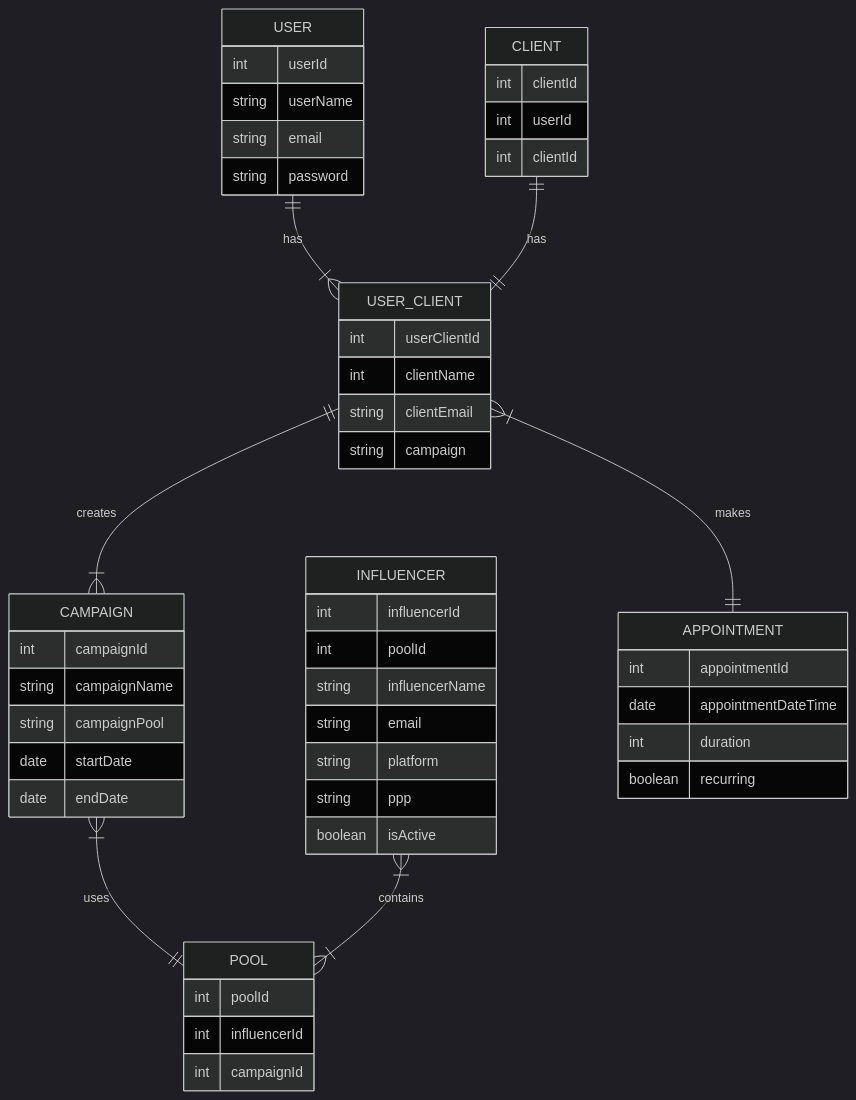
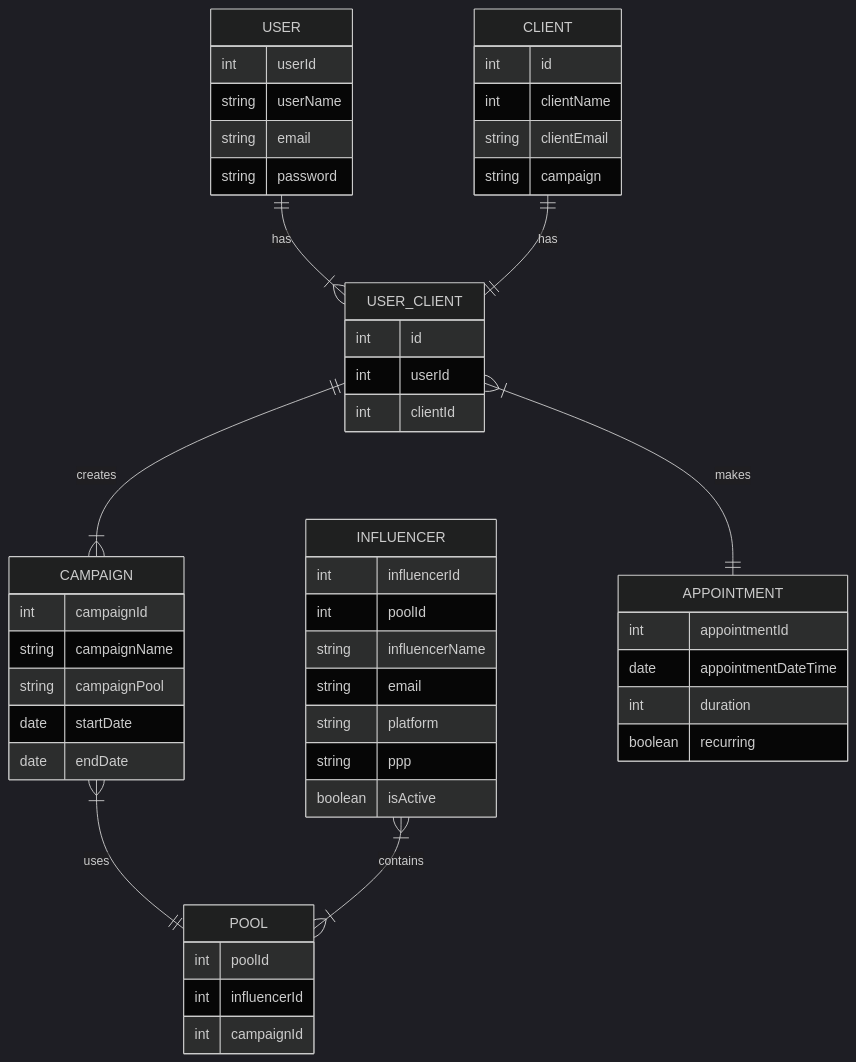
The second of 2 diagrams in README.md (ConorPMullan/swim-marketing), drawn with Mermaid before and after one commit.

````diff
--- a/README.md
+++ b/README.md
@@ -53,56 +53,56 @@
 ``` mermaid
 %%{init: {'theme': 'dark' } }%%
 
 erDiagram
     USER {
         int userId
         string userName
         string email
         string password
     }
-    CLIENT {
-        int clientId
+    USER_CLIENT {
+        int id
         int userId
         int clientId
     }
-    USER_CLIENT {
-        int userClientId
+    CLIENT {
+        int id
         int clientName
         string clientEmail
         string campaign
     }
     CAMPAIGN {
         int campaignId
         string campaignName
         string campaignPool
         date startDate
         date endDate
     }
     POOL {
         int poolId
         int influencerId
         int campaignId
     }
     INFLUENCER {
         int influencerId
         int poolId
         string influencerName
         string email
         string platform
         string ppp
         boolean isActive
     }
     APPOINTMENT {
         int appointmentId
         date appointmentDateTime
         int duration
         boolean recurring
     }
     USER ||--|{ USER_CLIENT: "has"
     CLIENT ||--|| USER_CLIENT: "has"
     USER_CLIENT ||--|{ CAMPAIGN : "creates"
     USER_CLIENT }|--|| APPOINTMENT : "makes"
     CAMPAIGN }|--|| POOL : "uses"
     INFLUENCER }|--|{ POOL : "contains"
 
 ```
````
